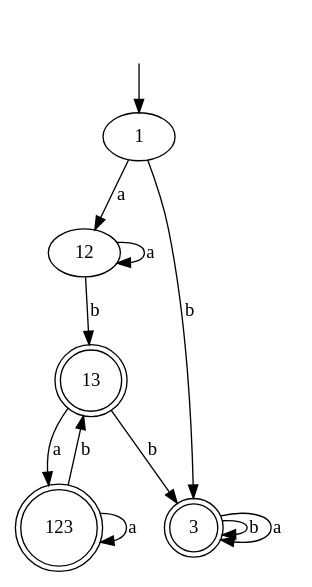
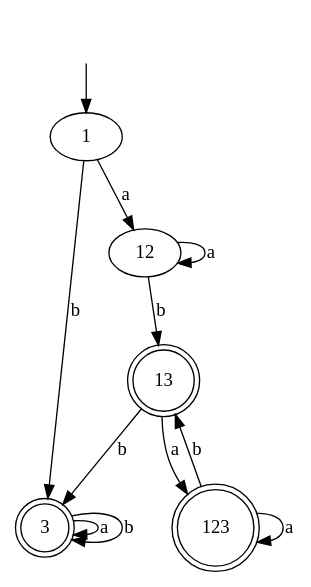
Before and after one commit to PyAlexOs/TheoryFormalLanguages: the diagram in files/dependency_graphs/deterministic finite state machine.gv, drawn with Graphviz. The commit also changed other lines of this file and 1 other file, not shown here.

```diff
--- a/files/dependency_graphs/deterministic finite state machine.gv
+++ b/files/dependency_graphs/deterministic finite state machine.gv
@@ -1,22 +1,22 @@
 digraph "deterministic finite state machine" {
-	" " [shape=plaintext]
-	" " -> 1
-	1 -> 12 [label=a]
-	123 [shape=doublecircle]
-	13 -> 123 [label=a]
-	12 -> 12 [label=a]
+	3 [shape=doublecircle]
+	3 -> 3 [label=a]
 	13 [shape=doublecircle]
 	12 -> 13 [label=b]
-	3 [shape=doublecircle]
-	13 -> 3 [label=b]
 	13 [shape=doublecircle]
 	123 -> 13 [label=b]
 	3 [shape=doublecircle]
+	13 -> 3 [label=b]
+	" " [shape=plaintext]
+	" " -> 1
+	3 [shape=doublecircle]
 	1 -> 3 [label=b]
+	123 [shape=doublecircle]
+	13 -> 123 [label=a]
+	123 [shape=doublecircle]
+	123 -> 123 [label=a]
+	12 -> 12 [label=a]
+	1 -> 12 [label=a]
 	3 [shape=doublecircle]
 	3 -> 3 [label=b]
-	123 [shape=doublecircle]
-	123 -> 123 [label=a]
-	3 [shape=doublecircle]
-	3 -> 3 [label=a]
 }
```
